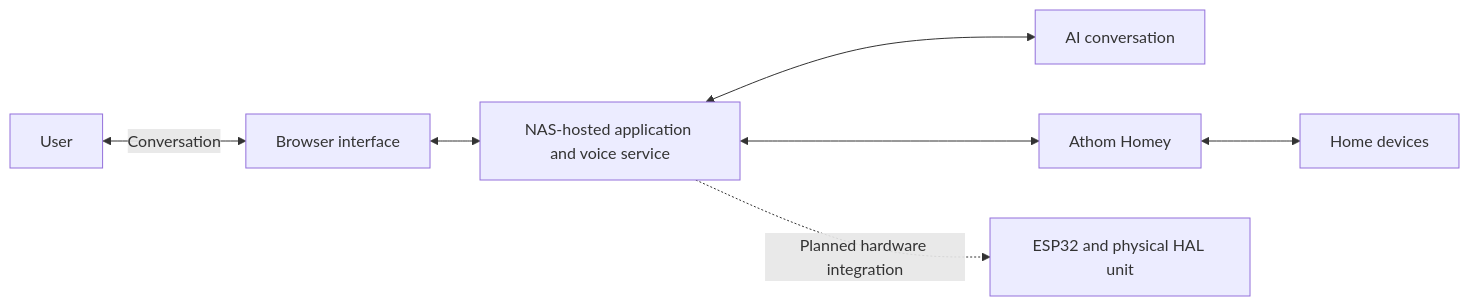
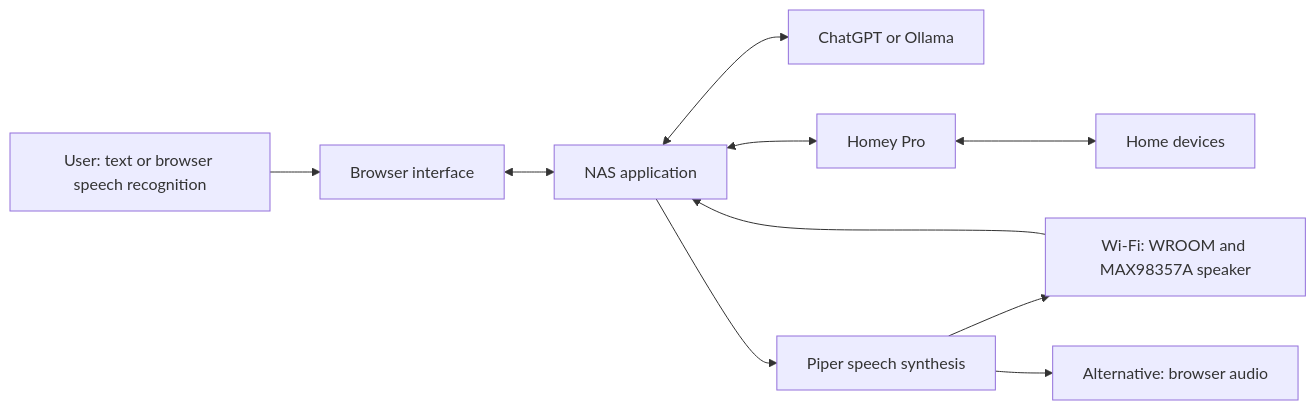
Before and after one commit to mschyllander/HAL9000: the diagram in README.md, drawn with Mermaid. The commit also changed other lines of this file, not shown here.

Commit message:
Update HAL project status for WROOM audio and current architecture

````diff
--- a/README.md
+++ b/README.md
@@ -30,9 +37,12 @@
 ```mermaid
 flowchart LR
-    User[User] <-->|Conversation| UI[Browser interface]
-    UI <--> Services[NAS-hosted application and voice service]
-    Services <--> AI[AI conversation]
-    Services <--> Homey[Athom Homey]
+    User[User: text or browser speech recognition] --> UI[Browser interface]
+    UI <--> Backend[NAS application]
+    Backend <--> AI[ChatGPT or Ollama]
+    Backend <--> Homey[Homey Pro]
     Homey <--> Devices[Home devices]
-    Services -. Planned hardware integration .-> ESP[ESP32 and physical HAL unit]
+    Backend --> Voice[Piper speech synthesis]
+    Voice --> Speaker[Wi-Fi: WROOM and MAX98357A speaker]
+    Voice --> Browser[Alternative: browser audio]
+    Speaker --> Backend
 ```
````
